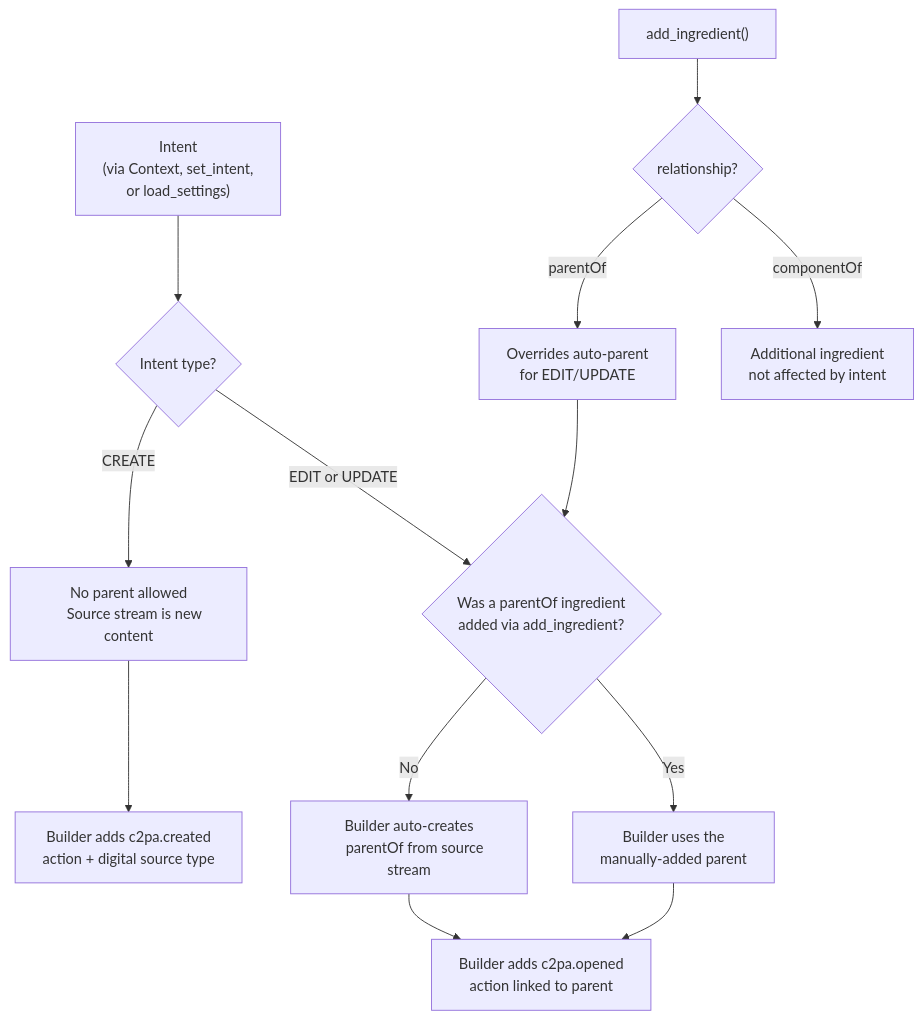
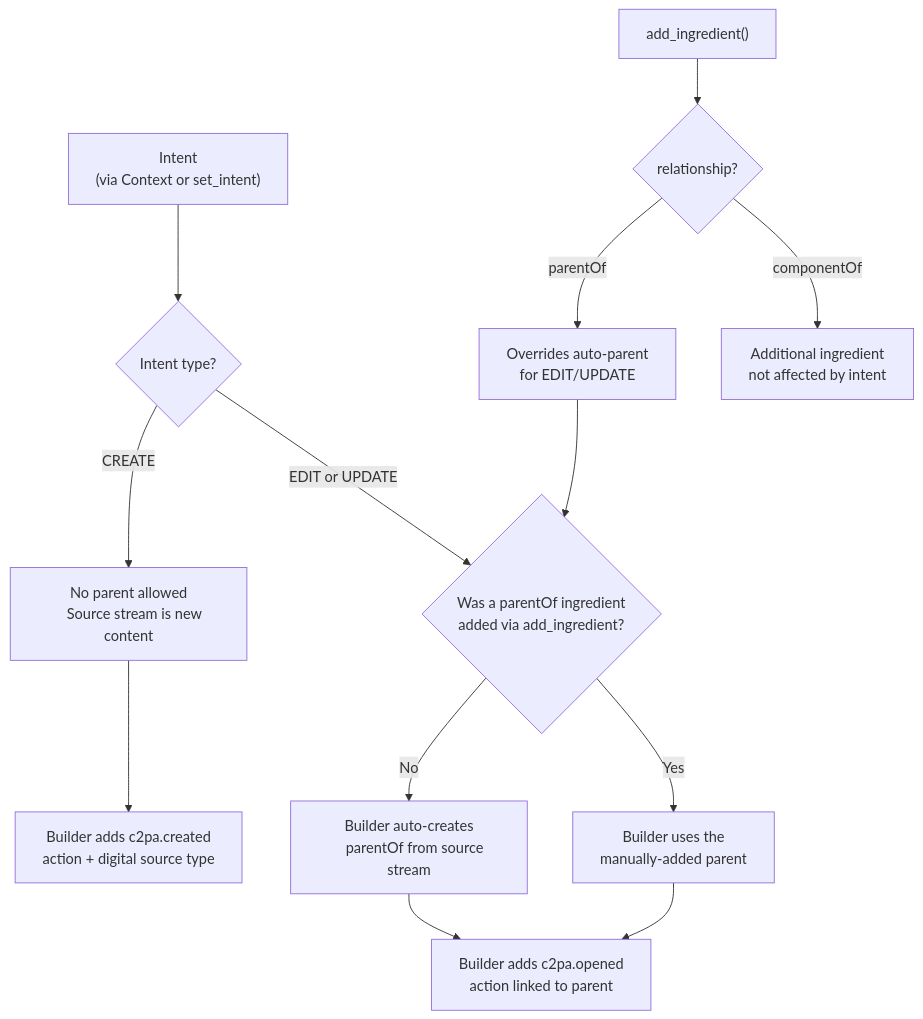
Before and after one commit to contentauth/c2pa-cpp: the fifth of 6 diagrams in docs/intents.md, drawn with Mermaid. The commit also changed other lines of this file and 17 other files, not shown here.

````diff
--- a/docs/intents.md
+++ b/docs/intents.md
@@ -171,26 +167,25 @@
 ```mermaid
 flowchart TD
     Intent["Intent
-    (via Context, set_intent,
-    or load_settings)"] --> Q{Intent type?}
+    (via Context or set_intent)"] --> Q{Intent type?}
     Q --> |CREATE| CreateFlow["No parent allowed
     Source stream is new content"]
     Q --> |EDIT or UPDATE| EditFlow{Was a parentOf ingredient
     added via add_ingredient?}
     EditFlow --> |No| Auto["Builder auto-creates
     parentOf from source stream"]
     EditFlow --> |Yes| Manual["Builder uses the
     manually-added parent"]
     Auto --> Opened["Builder adds c2pa.opened
     action linked to parent"]
     Manual --> Opened
     CreateFlow --> Created["Builder adds c2pa.created
     action + digital source type"]
 
     AddIngredient["add_ingredient()"] --> IngType{relationship?}
     IngType --> |parentOf| ParentIng["Overrides auto-parent
     for EDIT/UPDATE"]
     IngType --> |componentOf| CompIng["Additional ingredient
     not affected by intent"]
     ParentIng --> EditFlow
 ```
````
